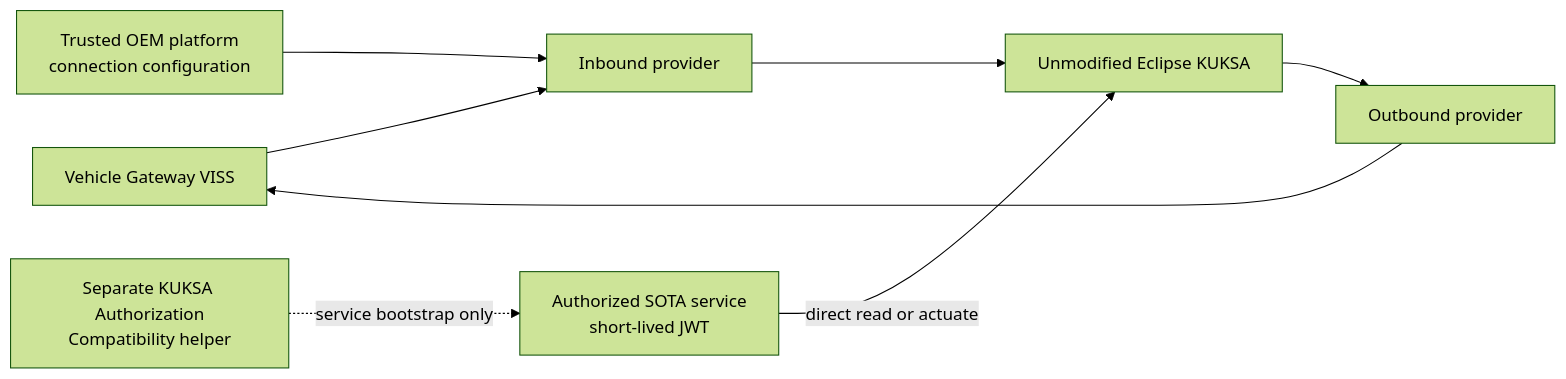
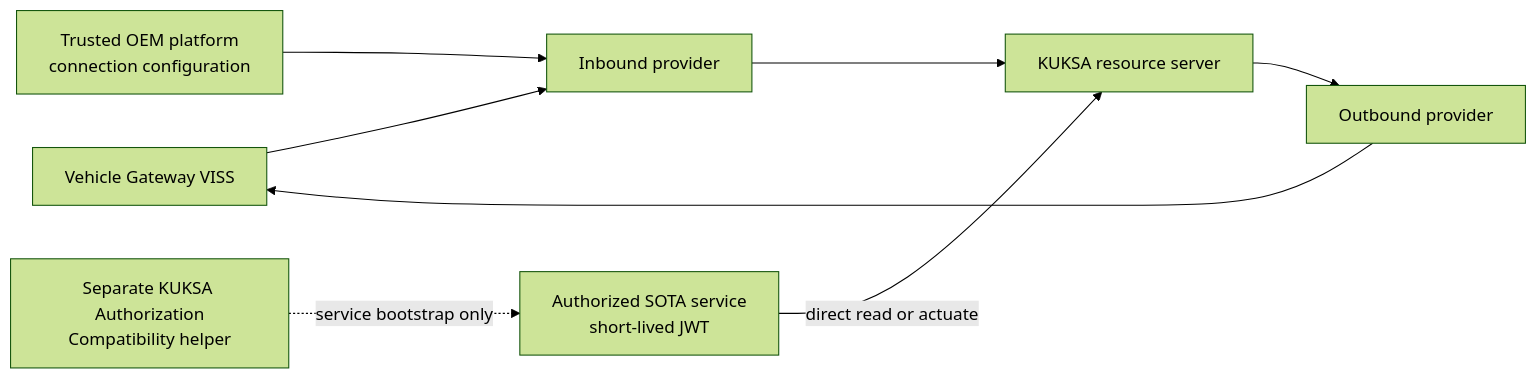
The diagram in docs/requirements/components/vehicle-data-platform.md (alexmaninblack/aosedge-sdv-demo), drawn with Mermaid (forest theme) before and after one commit. The commit also changed other lines of this file and 47 other files, not shown here.

````diff
--- a/docs/requirements/components/vehicle-data-platform.md
+++ b/docs/requirements/components/vehicle-data-platform.md
@@ -61,10 +61,10 @@
 ```mermaid
 flowchart LR
     VISS["Vehicle Gateway VISS"] --> IN["Inbound provider"]
-    IN --> K["Unmodified Eclipse KUKSA"]
+    IN --> K["KUKSA resource server"]
     S["Authorized SOTA service<br/>short-lived JWT"] -->|"direct read or actuate"| K
     K --> OUT["Outbound provider"]
     OUT --> VISS
     KAC["Separate KUKSA Authorization<br/>Compatibility helper"] -. "service bootstrap only" .-> S
     PI["Trusted OEM platform<br/>connection configuration"] --> IN
 ```
````
